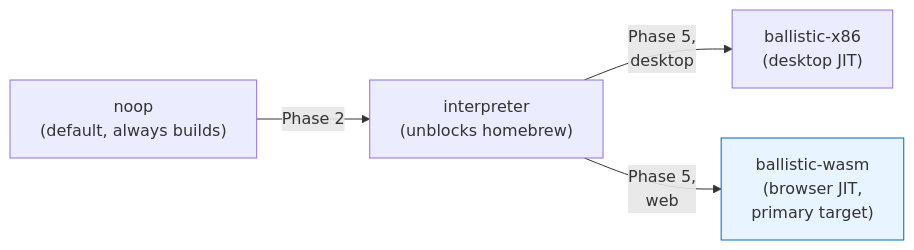
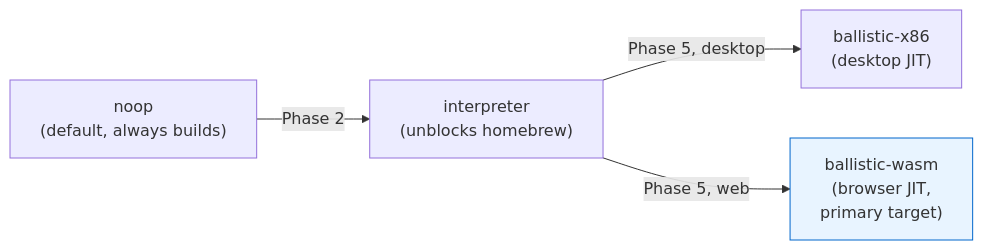
Before and after one commit to helloimthesigma-blip/Voland: the fourth of 15 diagrams in docs/DESIGN.md, drawn with Mermaid. The commit also changed other lines of this file, not shown here.

First line of the commit message:
docs: correct DESIGN.md web-platform-API claims verified against a real toolchain

````diff
--- a/docs/DESIGN.md
+++ b/docs/DESIGN.md
@@ -930,13 +909,13 @@
 ```mermaid
 flowchart LR
     NOOP["noop<br/>(default, always builds)"]
     INT["interpreter<br/>(unblocks homebrew)"]
     BX86["ballistic-x86<br/>(desktop JIT)"]
     BWASM["ballistic-wasm<br/>(browser JIT,<br/>primary target)"]
 
     NOOP -->|"Phase 2"| INT
-    INT -->|"Phase 5,<br/>desktop"| BX86
-    INT -->|"Phase 5,<br/>web"| BWASM
+    INT -->|"Phase 5, desktop"| BX86
+    INT -->|"Phase 5, web"| BWASM
 
     style BWASM fill:#e8f4ff,stroke:#0066cc
 ```
````
